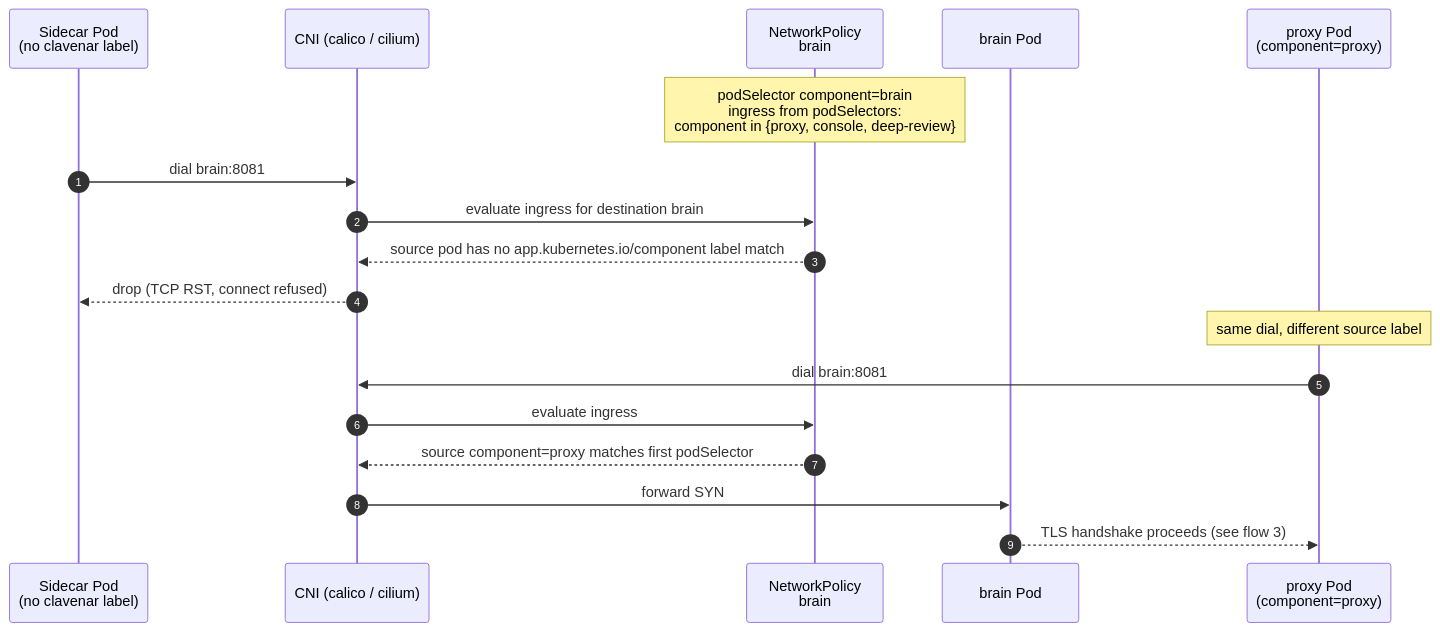
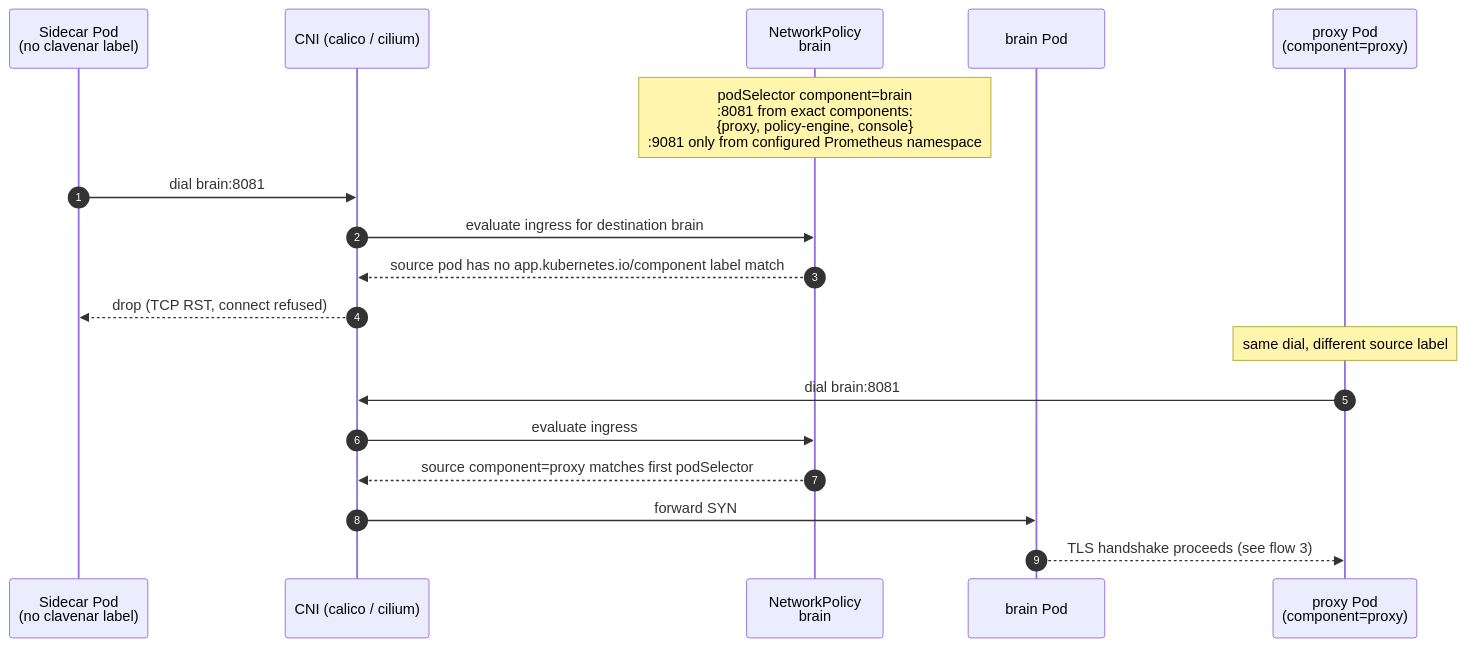
One commit to clavenar/clavenar-charts changed the sixth of 8 diagrams in docs/SEQUENCES.md. Above: the diagram before and after it, drawn with Mermaid. The commit also changed other lines of this file and 14 other files, not shown here.

````diff
--- a/docs/SEQUENCES.md
+++ b/docs/SEQUENCES.md
@@ -214,23 +219,23 @@
 ```mermaid
 sequenceDiagram
     autonumber
     participant Side as Sidecar Pod<br/>(no clavenar label)
     participant CNI as CNI (calico / cilium)
     participant NP as NetworkPolicy<br/>brain
     participant Brain as brain Pod
     participant Proxy as proxy Pod<br/>(component=proxy)
 
-    Note over NP: podSelector component=brain<br/>ingress from podSelectors:<br/>component in {proxy, console, deep-review}
+    Note over NP: podSelector component=brain<br/>:8081 from exact components:<br/>{proxy, policy-engine, console}<br/>:9081 only from configured Prometheus namespace
 
     Side->>CNI: dial brain:8081
     CNI->>NP: evaluate ingress for destination brain
     NP-->>CNI: source pod has no app.kubernetes.io/component label match
     CNI-->>Side: drop (TCP RST, connect refused)
 
     Note over Proxy: same dial, different source label
     Proxy->>CNI: dial brain:8081
     CNI->>NP: evaluate ingress
     NP-->>CNI: source component=proxy matches first podSelector
     CNI->>Brain: forward SYN
     Brain-->>Proxy: TLS handshake proceeds (see flow 3)
 ```
````
